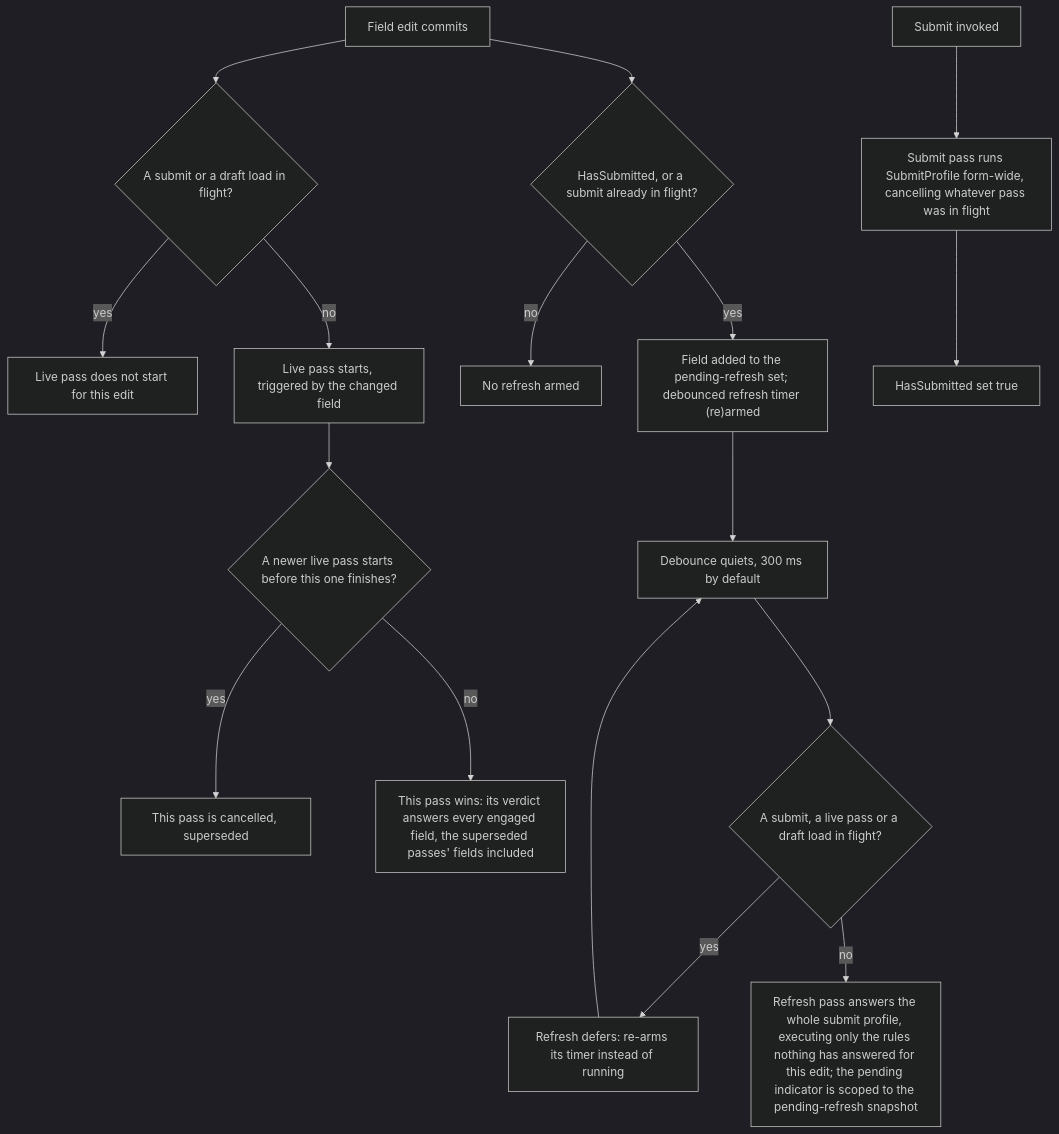
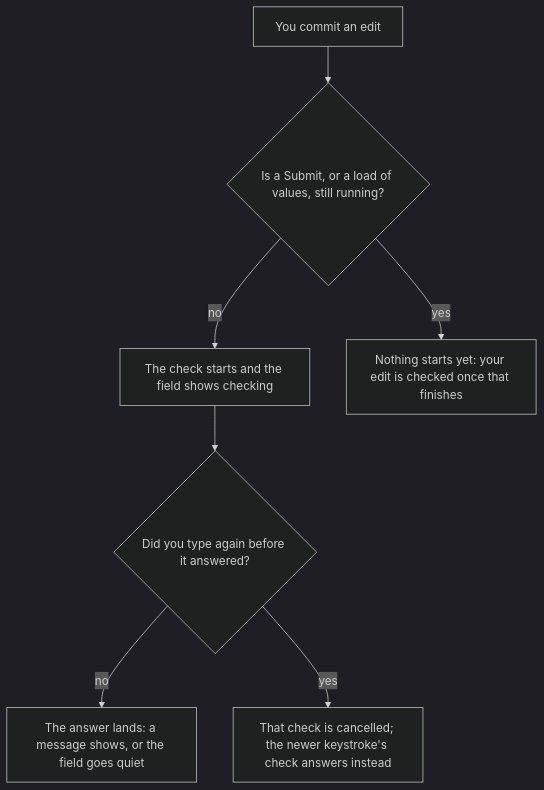
Before and after one commit to xfunc-pty-ltd/formidable: the diagram in docs/async-validation.md, drawn with Mermaid (dark theme). The commit also changed other lines of this file and 11 other files, not shown here.

````diff
--- a/docs/async-validation.md
+++ b/docs/async-validation.md
@@ -33,22 +26,9 @@
 ```mermaid
 flowchart TD
-    A["Field edit commits"] --> B{"A submit or a draft load in flight?"}
-    B -- "yes" --> C["Live pass does not start for this edit"]
-    B -- "no" --> D["Live pass starts, triggered by the changed field"]
-    D --> E{"A newer live pass starts before this one finishes?"}
-    E -- "yes" --> F["This pass is cancelled, superseded"]
-    E -- "no" --> G["This pass wins: its verdict answers every engaged field, the superseded passes' fields included"]
-
-    A --> H{"HasSubmitted, or a submit already in flight?"}
-    H -- "no" --> I["No refresh armed"]
-    H -- "yes" --> J["Field added to the pending-refresh set; debounced refresh timer (re)armed"]
-
-    J --> K["Debounce quiets, 300 ms by default"]
-    K --> L{"A submit, a live pass or a draft load in flight?"}
-    L -- "yes" --> M["Refresh defers: re-arms its timer instead of running"]
-    M --> K
-    L -- "no" --> N["Refresh pass answers the whole submit profile, executing only the rules nothing has answered for this edit; the pending indicator is scoped to the pending-refresh snapshot"]
-
-    O["Submit invoked"] --> P["Submit pass runs SubmitProfile form-wide, cancelling whatever pass was in flight"]
-    P --> Q["HasSubmitted set true"]
+    A["You commit an edit"] --> B{"Is a Submit, or a load of values, still running?"}
+    B -- "no" --> C["The check starts and the field shows checking"]
+    B -- "yes" --> W["Nothing starts yet: your edit is checked once that finishes"]
+    C --> E{"Did you type again before it answered?"}
+    E -- "no" --> G["The answer lands: a message shows, or the field goes quiet"]
+    E -- "yes" --> F["That check is cancelled; the newer keystroke's check answers instead"]
 ```
````
